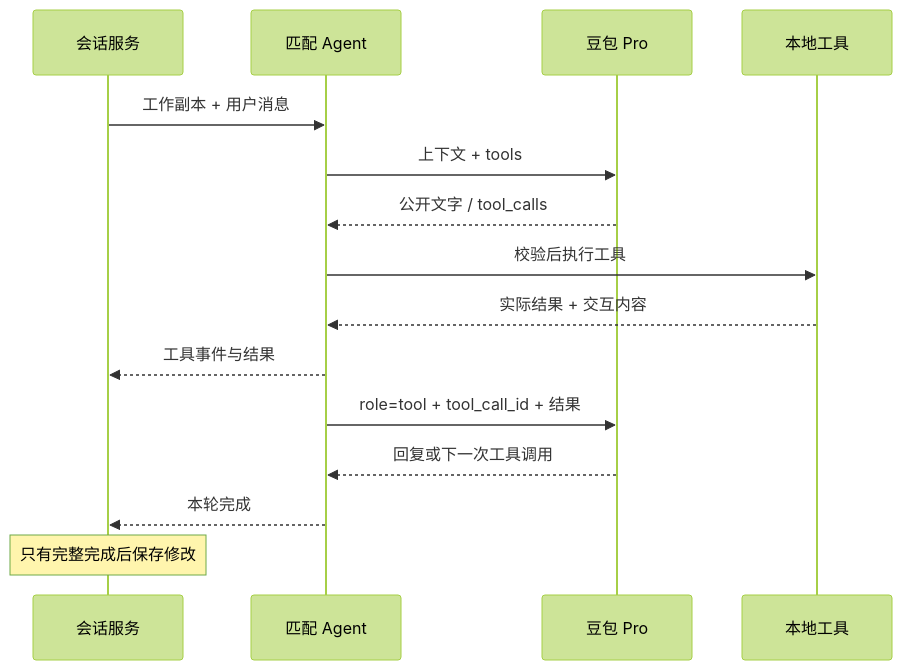
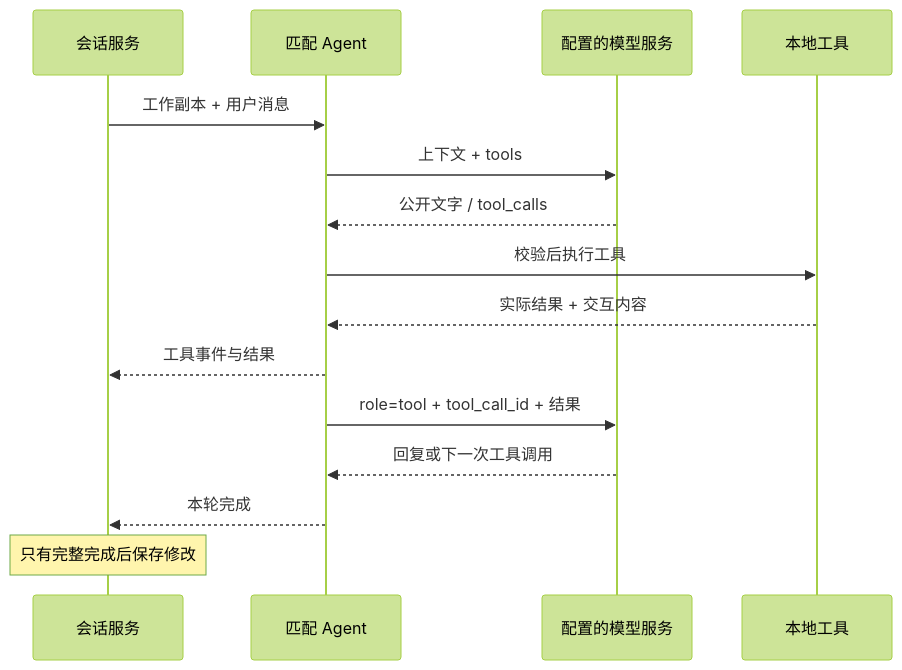
One commit to SafelandingF/yuanxi changed the diagram in backend/agents/README.md. Above: the diagram before and after it, drawn with Mermaid (forest theme). The commit also changed other lines of this file and 8 other files, not shown here.

````diff
--- a/backend/agents/README.md
+++ b/backend/agents/README.md
@@ -32,17 +32,17 @@
 ```mermaid
 sequenceDiagram
     participant S as 会话服务
     participant A as 匹配 Agent
-    participant M as 豆包 Pro
+    participant M as 配置的模型服务
     participant T as 本地工具
     S->>A: 工作副本 + 用户消息
     A->>M: 上下文 + tools
     M-->>A: 公开文字 / tool_calls
     A->>T: 校验后执行工具
     T-->>A: 实际结果 + 交互内容
     A-->>S: 工具事件与结果
     A->>M: role=tool + tool_call_id + 结果
     M-->>A: 回复或下一次工具调用
     A-->>S: 本轮完成
     Note over S: 只有完整完成后保存修改
 ```
````
